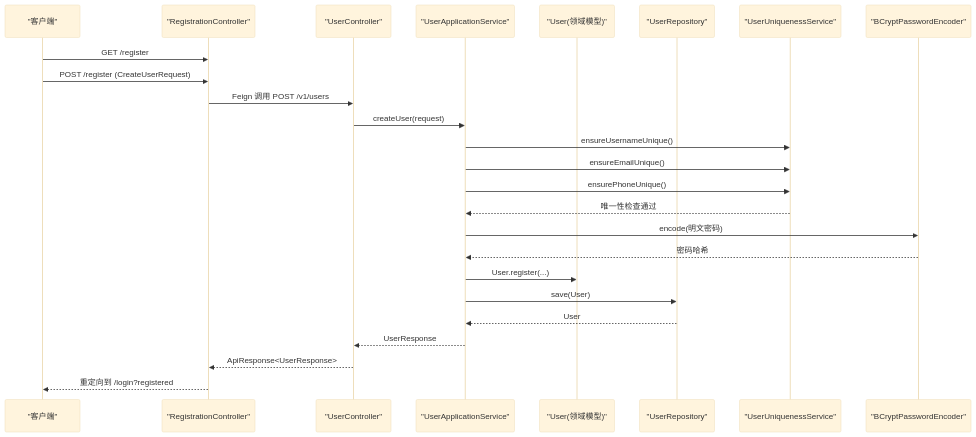
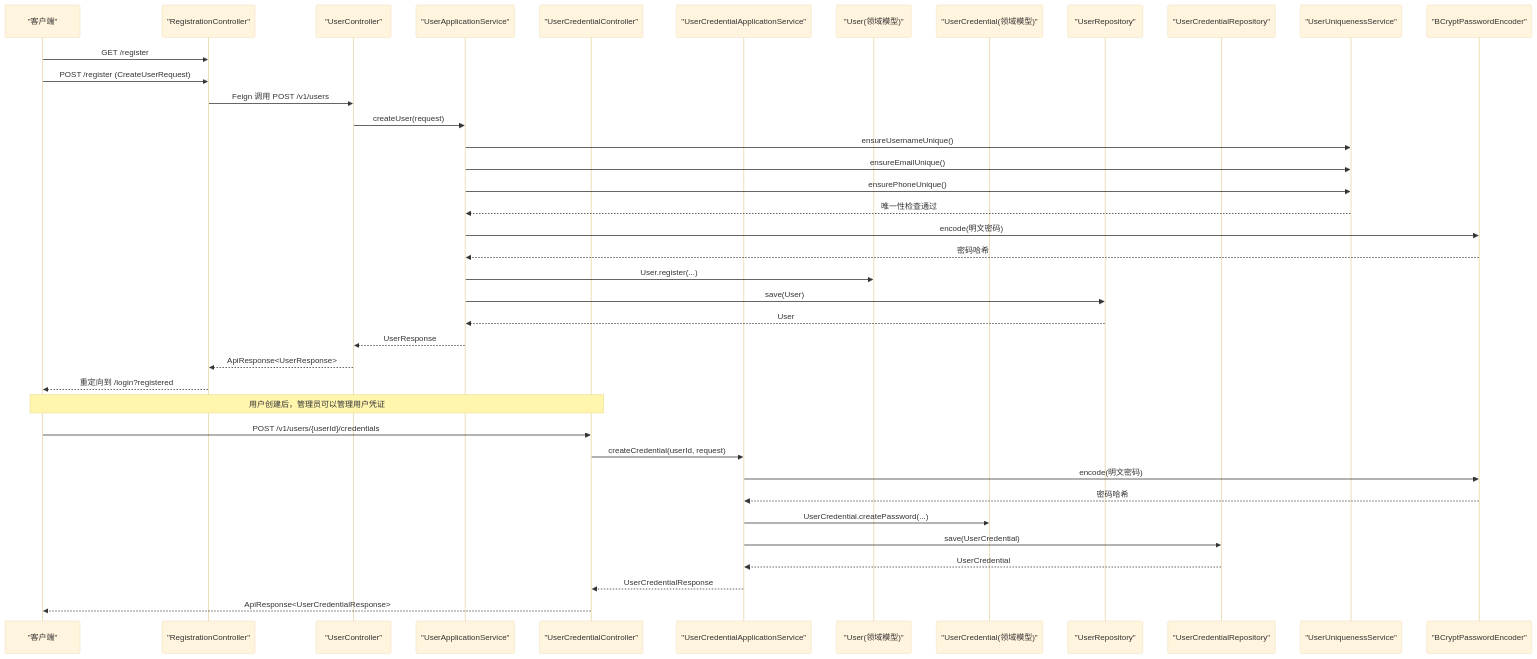
The second of 7 diagrams in .qoder/repowiki/zh/content/项目概述/核心功能/用户管理功能.md (fq0121104930716/iam-platform), drawn with Mermaid (base theme) before and after one commit. The commit also changed other lines of this file and 46 other files, not shown here.

````diff
--- a/.qoder/repowiki/zh/content/项目概述/核心功能/用户管理功能.md
+++ b/.qoder/repowiki/zh/content/项目概述/核心功能/用户管理功能.md
@@ -140,27 +215,41 @@
 ```mermaid
 sequenceDiagram
 participant C as "客户端"
 participant RC as "RegistrationController"
 participant UC as "UserController"
 participant US as "UserApplicationService"
+participant UCC as "UserCredentialController"
+participant UCA as "UserCredentialApplicationService"
 participant UM as "User(领域模型)"
+participant UCR as "UserCredential(领域模型)"
 participant UR as "UserRepository"
+participant UCRRepo as "UserCredentialRepository"
 participant UA as "UserUniquenessService"
 participant SEC as "BCryptPasswordEncoder"
 C->>RC : GET /register
 C->>RC : POST /register (CreateUserRequest)
 RC->>UC : Feign 调用 POST /v1/users
 UC->>US : createUser(request)
 US->>UA : ensureUsernameUnique()
 US->>UA : ensureEmailUnique()
 US->>UA : ensurePhoneUnique()
 UA-->>US : 唯一性检查通过
 US->>SEC : encode(明文密码)
 SEC-->>US : 密码哈希
 US->>UM : User.register(...)
 US->>UR : save(User)
 UR-->>US : User
 US-->>UC : UserResponse
 UC-->>RC : ApiResponse<UserResponse>
 RC-->>C : 重定向到 /login?registered
+Note over C,UCC : 用户创建后，管理员可以管理用户凭证
+C->>UCC : POST /v1/users/{userId}/credentials
+UCC->>UCA : createCredential(userId, request)
+UCA->>SEC : encode(明文密码)
+SEC-->>UCA : 密码哈希
+UCA->>UCR : UserCredential.createPassword(...)
+UCA->>UCRRepo : save(UserCredential)
+UCRRepo-->>UCA : UserCredential
+UCA-->>UCC : UserCredentialResponse
+UCC-->>C : ApiResponse<UserCredentialResponse>
 ```
````
